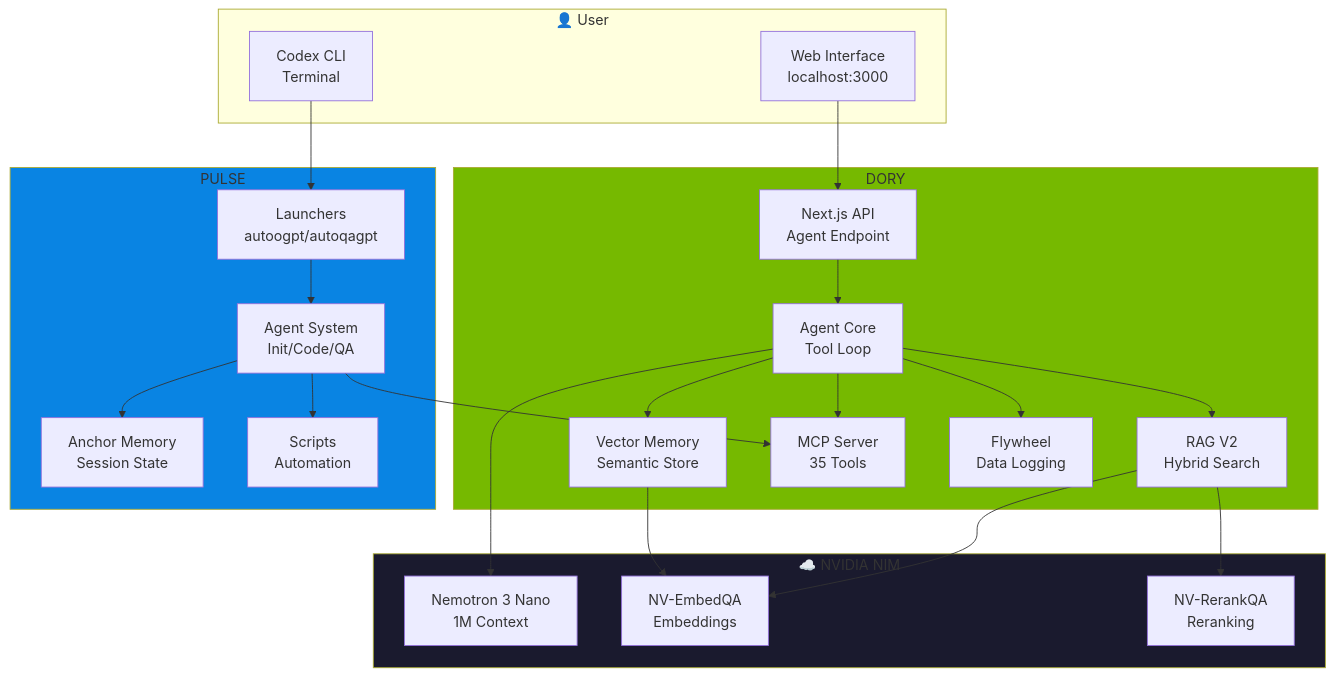
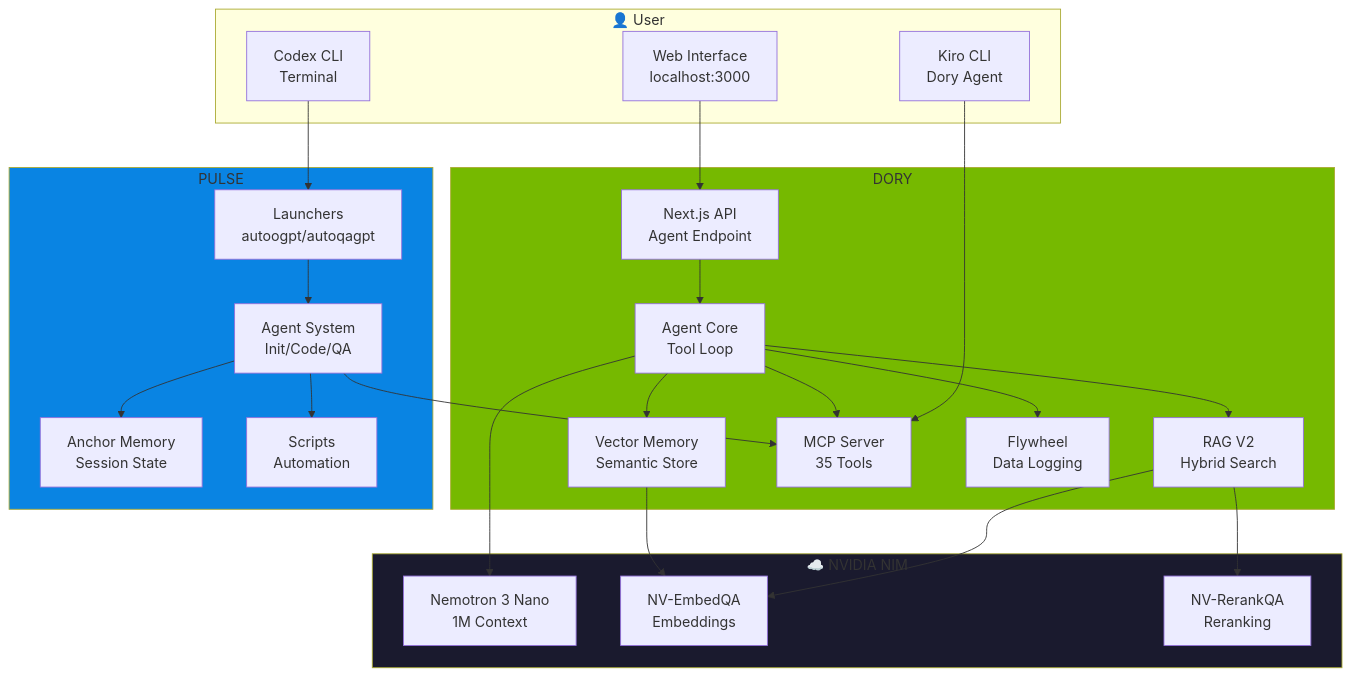
The diagram in README.md (caser-legal/CORTEX), drawn with Mermaid before and after one commit. The commit also changed other lines of this file, not shown here.

Commit message:
Add Kiro CLI + Dory agent integration, update architecture diagrams

````diff
--- a/README.md
+++ b/README.md
@@ -283,47 +385,49 @@
 ```mermaid
 flowchart TB
     subgraph User["👤 User"]
         WEB[Web Interface<br/>localhost:3000]
         CLI[Codex CLI<br/>Terminal]
+        KIRO[Kiro CLI<br/>Dory Agent]
     end
 
     subgraph DORY[" DORY"]
         API[Next.js API<br/>Agent Endpoint]
         AGENT[Agent Core<br/>Tool Loop]
         RAG[RAG V2<br/>Hybrid Search]
         MEM[Vector Memory<br/>Semantic Store]
         MCP[MCP Server<br/>35 Tools]
         FLY[Flywheel<br/>Data Logging]
     end
 
     subgraph PULSE[" PULSE"]
         LAUNCH[Launchers<br/>autoogpt/autoqagpt]
         AGENTS[Agent System<br/>Init/Code/QA]
         ANCHOR[Anchor Memory<br/>Session State]
         SCRIPTS[Scripts<br/>Automation]
     end
 
     subgraph NVIDIA["☁️ NVIDIA NIM"]
         LLM[Nemotron 3 Nano<br/>1M Context]
         EMB[NV-EmbedQA<br/>Embeddings]
         RR[NV-RerankQA<br/>Reranking]
     end
 
     WEB --> API --> AGENT
     CLI --> LAUNCH --> AGENTS
+    KIRO --> MCP
     
     AGENT --> RAG --> EMB
     AGENT --> MEM --> EMB
     AGENT --> MCP
     AGENT --> FLY
     RAG --> RR
     AGENT --> LLM
     
     AGENTS --> MCP
     AGENTS --> ANCHOR
     AGENTS --> SCRIPTS
 
     style DORY fill:#76b900
     style PULSE fill:#0984e3
     style NVIDIA fill:#1a1a2e
 ```
````
